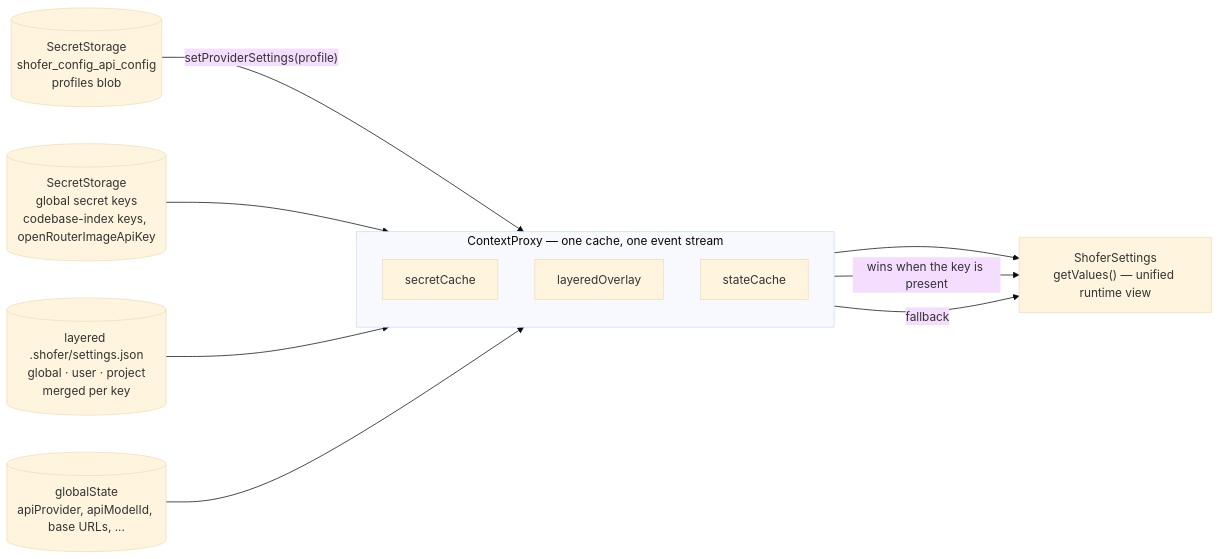
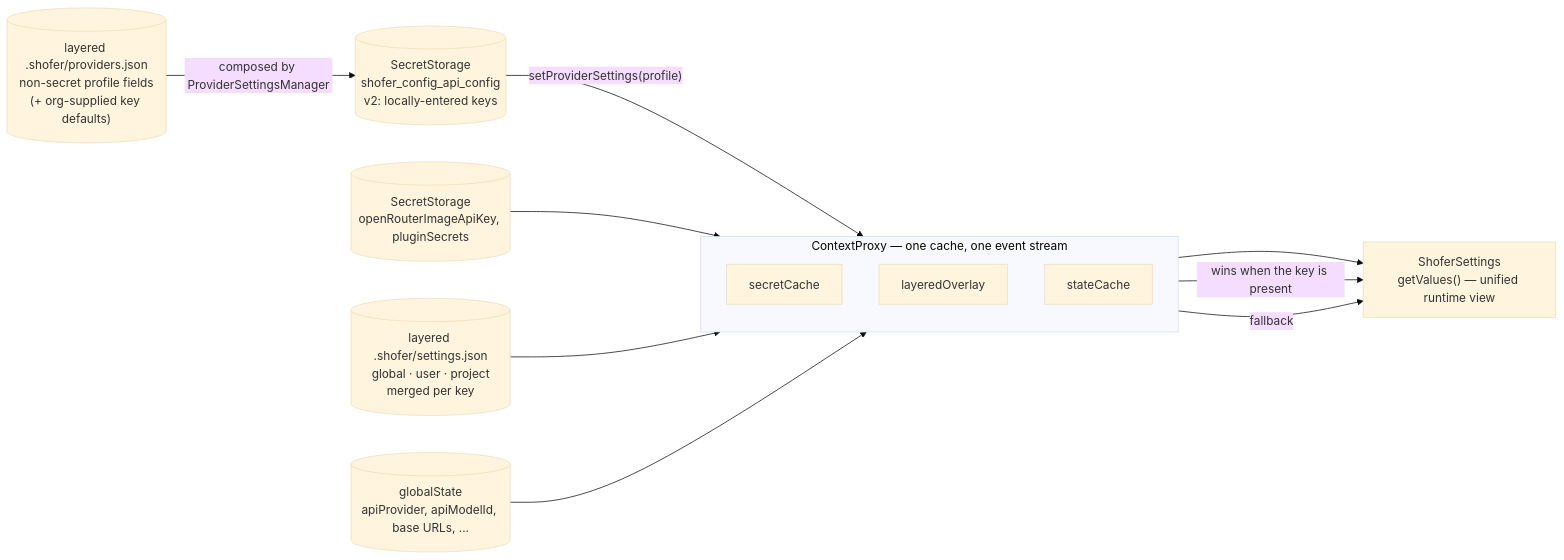
Before and after one commit to shofer-dev/shofer: the first of 5 diagrams in docs/settings_overlay.md, drawn with Mermaid (base theme). The commit also changed other lines of this file and 14 other files, not shown here.

````diff
--- a/docs/settings_overlay.md
+++ b/docs/settings_overlay.md
@@ -128,24 +127,26 @@
 ```mermaid
 flowchart LR
-    BLOB[("SecretStorage<br/>shofer_config_api_config<br/>profiles blob")]
-    SEC[("SecretStorage<br/>global secret keys<br/>codebase-index keys, openRouterImageApiKey")]
+    PF[("layered .shofer/providers.json<br/>non-secret profile fields<br/>(+ org-supplied key defaults)")]
+    BLOB[("SecretStorage<br/>shofer_config_api_config<br/>v2: locally-entered keys")]
+    SEC[("SecretStorage<br/>openRouterImageApiKey, pluginSecrets")]
     LAY[("layered .shofer/settings.json<br/>global · user · project<br/>merged per key")]
     GS[("globalState<br/>apiProvider, apiModelId, base URLs, ...")]
 
     subgraph CP["ContextProxy — one cache, one event stream"]
         direction TB
         SC["secretCache"]
         OV["layeredOverlay"]
         ST["stateCache"]
     end
 
     OUT["ShoferSettings<br/>getValues() — unified runtime view"]
 
+    PF -->|"composed by ProviderSettingsManager"| BLOB
     BLOB -->|"setProviderSettings(profile)"| SC
     SEC --> SC
     LAY --> OV
     GS --> ST
     SC --> OUT
     OV -->|"wins when the key is present"| OUT
     ST -->|"fallback"| OUT
 ```
````
